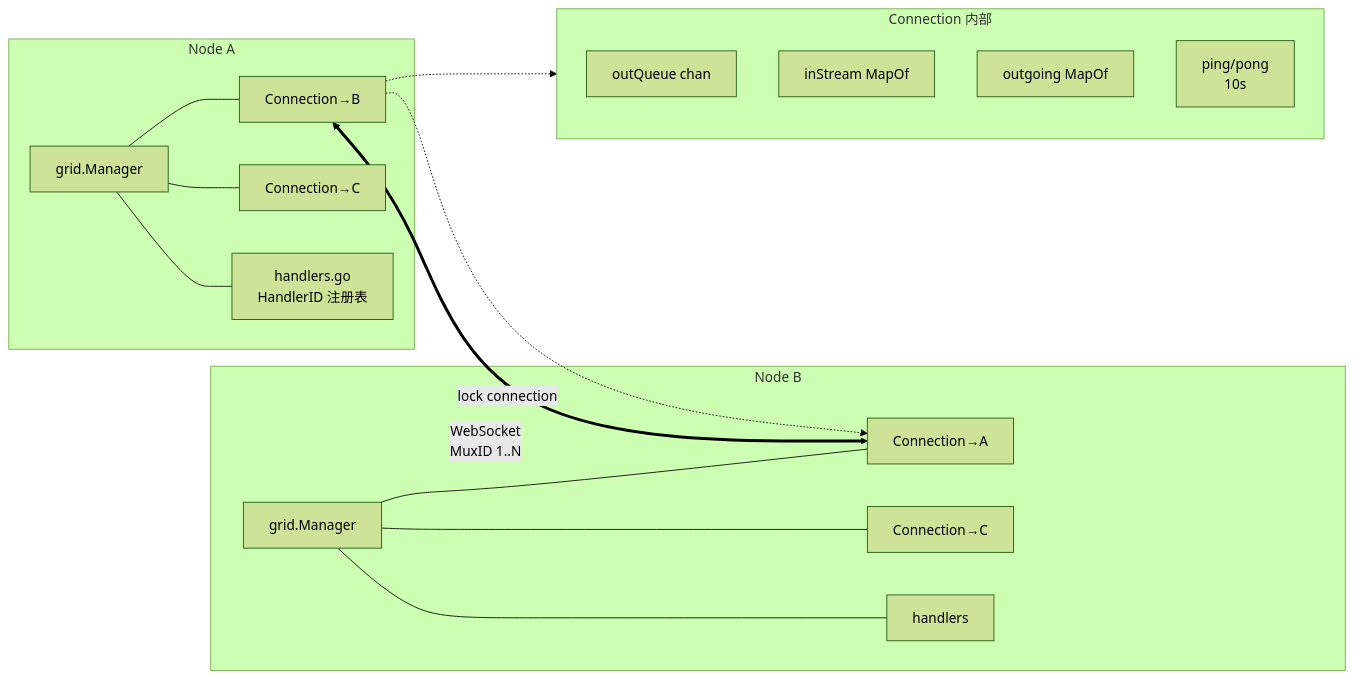
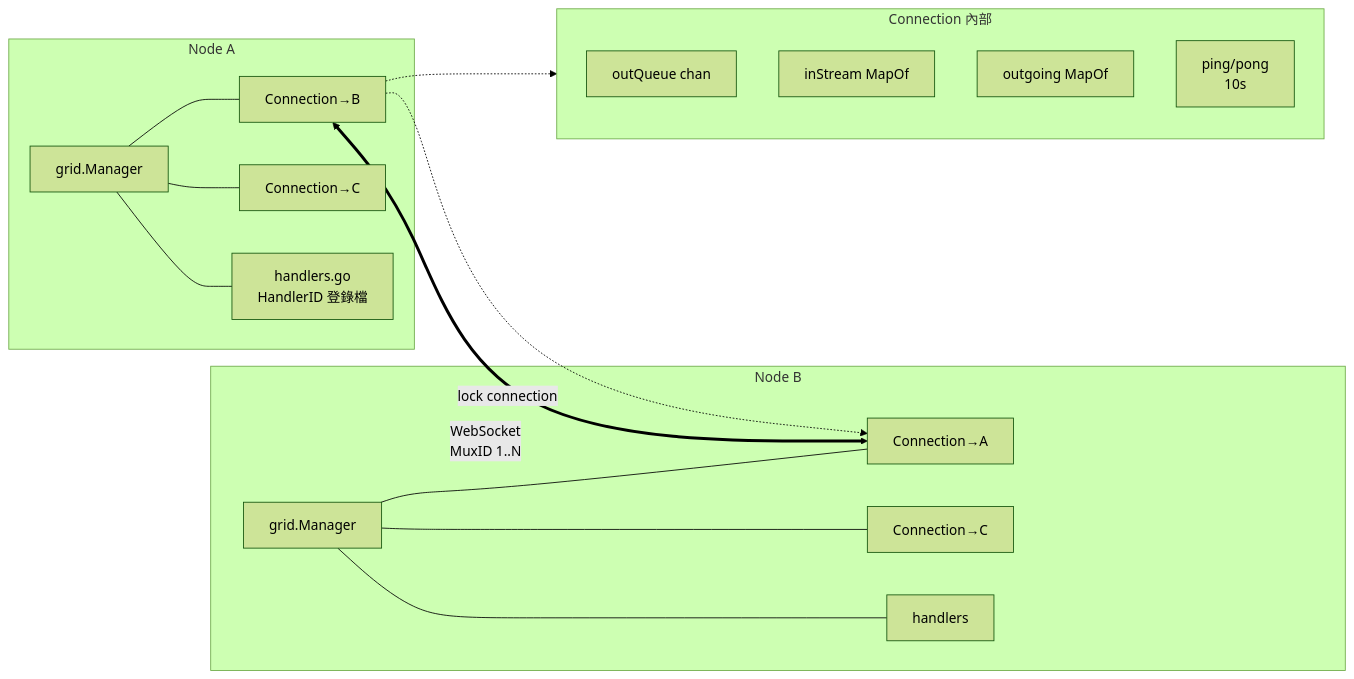
Before and after one commit to cysu01/minio: the sixth of 9 diagrams in repo-analysis/drafts/06-module-api-iam.md, drawn with Mermaid (forest theme). The commit also changed other lines of this file and 14 other files, not shown here.

````diff
--- a/repo-analysis/drafts/06-module-api-iam.md
+++ b/repo-analysis/drafts/06-module-api-iam.md
@@ -661,33 +661,33 @@
 ```mermaid
 flowchart LR
     subgraph NodeA[Node A]
         MA[grid.Manager]
         ConnA1[Connection→B]
         ConnA2[Connection→C]
-        HandlersA[handlers.go\nHandlerID 注册表]
+        HandlersA[handlers.go\nHandlerID 登錄檔]
         MA --- ConnA1
         MA --- ConnA2
         MA --- HandlersA
     end
 
     subgraph NodeB[Node B]
         MB[grid.Manager]
         ConnB1[Connection→A]
         ConnB2[Connection→C]
         HandlersB[handlers]
         MB --- ConnB1
         MB --- ConnB2
         MB --- HandlersB
     end
 
     ConnA1 <==WebSocket\nMuxID 1..N==> ConnB1
     ConnA1 -. lock connection .-> ConnB1
 
-    subgraph MuxDetail[Connection 内部]
+    subgraph MuxDetail[Connection 內部]
         OutQueue[outQueue chan]
         InMux[inStream MapOf]
         OutMux[outgoing MapOf]
         Ping[ping/pong\n10s]
     end
     ConnA1 -.-> MuxDetail
 ```
````
